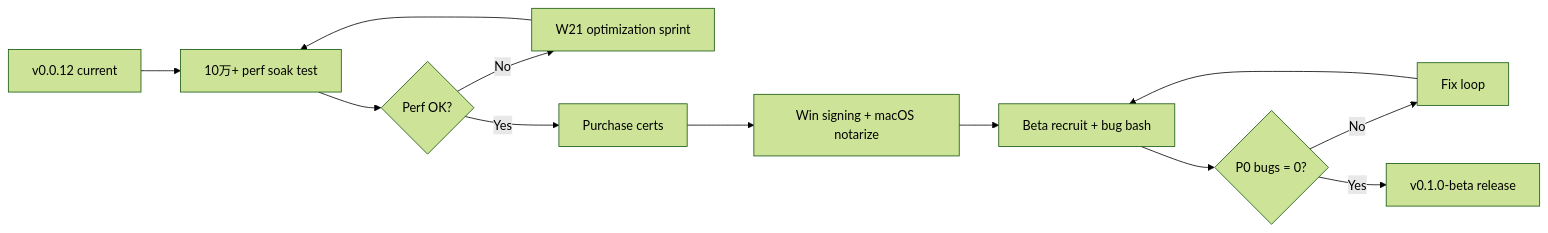
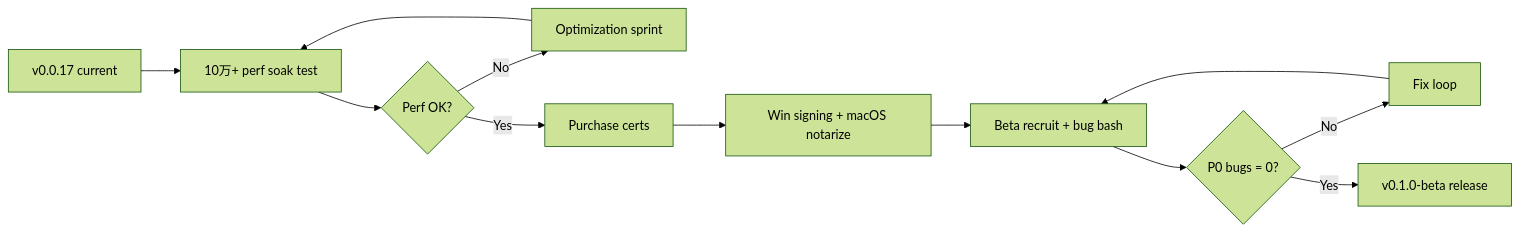
The diagram in docs/BETA_ROADMAP.md (halft0n/LightFrame), drawn with Mermaid (forest theme) before and after one commit. The commit also changed other lines of this file and 3 other files, not shown here.

````diff
--- a/docs/BETA_ROADMAP.md
+++ b/docs/BETA_ROADMAP.md
@@ -133,14 +136,14 @@
 ```mermaid
 flowchart LR
-    A[v0.0.12 current] --> B[10万+ perf soak test]
+    A[v0.0.17 current] --> B[10万+ perf soak test]
     B --> C{Perf OK?}
-    C -->|No| D[W21 optimization sprint]
+    C -->|No| D[Optimization sprint]
     C -->|Yes| E[Purchase certs]
     D --> B
     E --> F[Win signing + macOS notarize]
     F --> G[Beta recruit + bug bash]
     G --> H{P0 bugs = 0?}
     H -->|No| I[Fix loop]
     I --> G
     H -->|Yes| J[v0.1.0-beta release]
 ```
````
